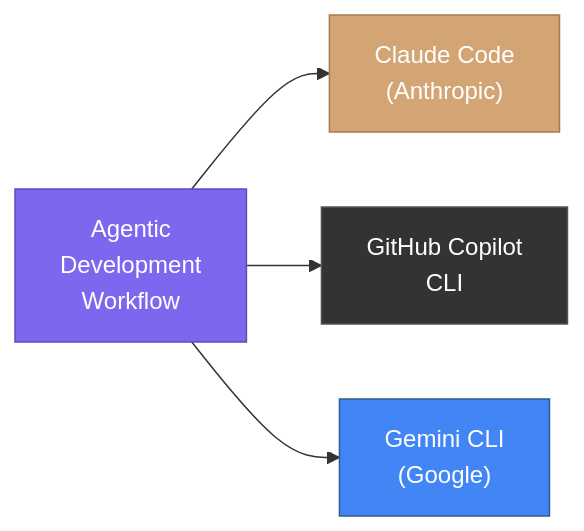
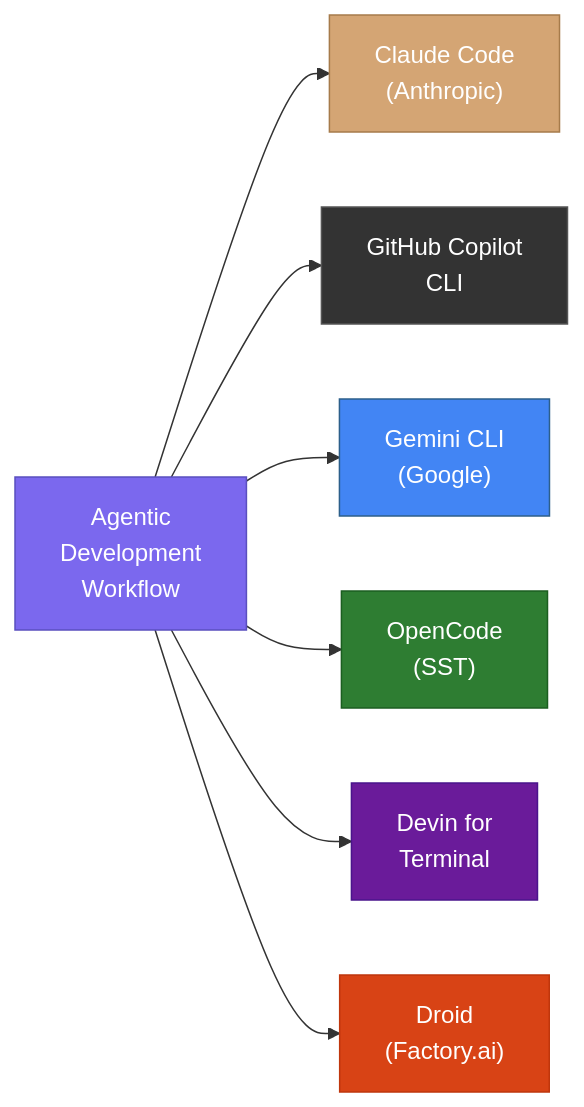
Before and after one commit to ciprianvradu/agentic-workflow: the ninth of 11 diagrams in docs/overview.md, drawn with Mermaid. The commit also changed other lines of this file and 2 other files, not shown here.

Commit message:
feat: update documentation and version for Droid (Factory.ai) support, enhance agent workflow details

````diff
--- a/docs/overview.md
+++ b/docs/overview.md
@@ -385,11 +394,17 @@
 ```mermaid
 graph LR
     AW["Agentic\nDevelopment\nWorkflow"] --> CLAUDE["Claude Code\n(Anthropic)"]
     AW --> COPILOT["GitHub Copilot\nCLI"]
     AW --> GEMINI["Gemini CLI\n(Google)"]
+    AW --> OPENCODE["OpenCode\n(SST)"]
+    AW --> DEVIN["Devin for\nTerminal"]
+    AW --> DROID["Droid\n(Factory.ai)"]
 
     style AW fill:#7B68EE,stroke:#5A4FBF,color:#fff
     style CLAUDE fill:#D4A574,stroke:#A67B4B,color:#fff
     style COPILOT fill:#333,stroke:#555,color:#fff
     style GEMINI fill:#4285F4,stroke:#2C5F8A,color:#fff
+    style OPENCODE fill:#2E7D32,stroke:#1B5E20,color:#fff
+    style DEVIN fill:#6A1B9A,stroke:#4A148C,color:#fff
+    style DROID fill:#D84315,stroke:#BF360C,color:#fff
 ```
````
